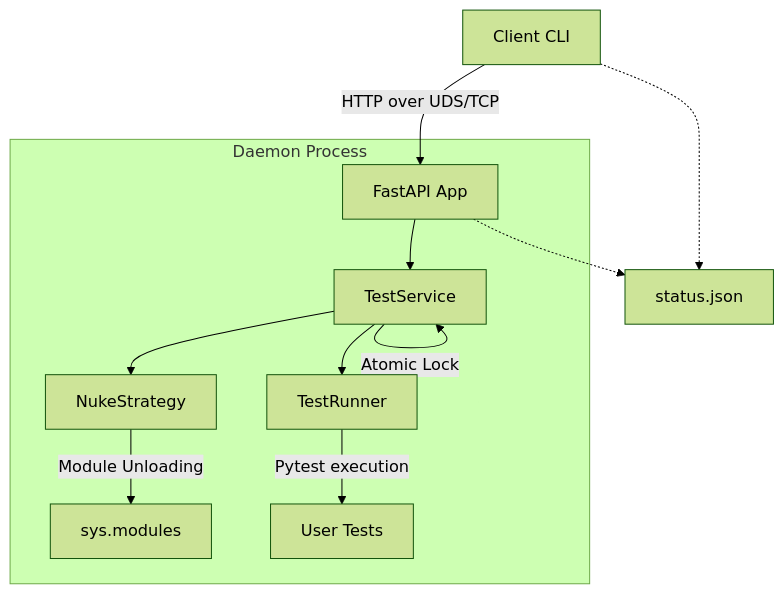
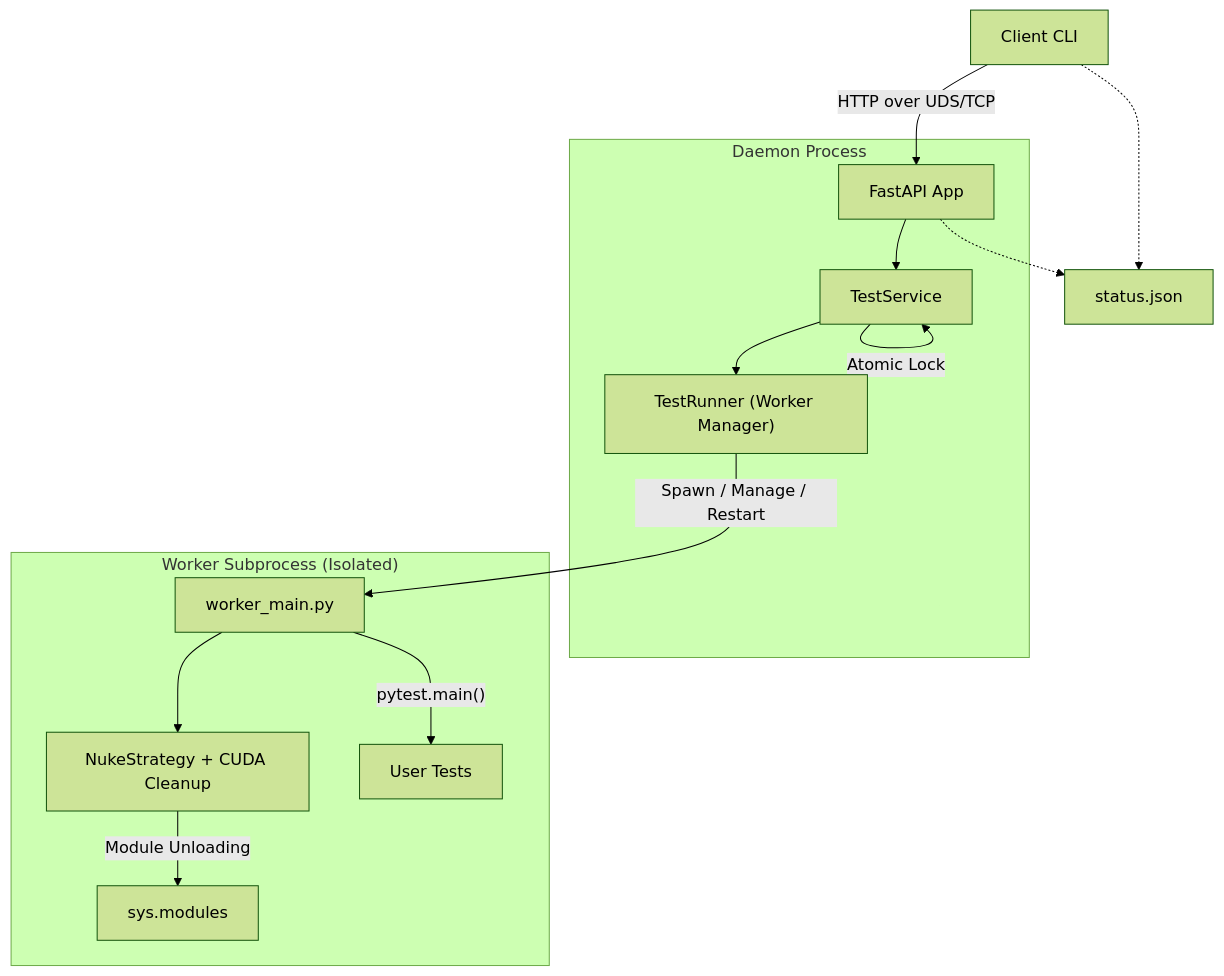
Before and after one commit to QingGo/sprintest: the first of 2 diagrams in README.md, drawn with Mermaid (forest theme). The commit also changed other lines of this file and 10 other files, not shown here.

````diff
--- a/README.md
+++ b/README.md
@@ -45,14 +50,17 @@
 ```mermaid
 graph TD
     Client["Client CLI"] -->|HTTP over UDS/TCP| App["FastAPI App"]
     subgraph "Daemon Process"
         App --> Service["TestService"]
         Service -->|Atomic Lock| Service
-        Service --> Nuke["NukeStrategy"]
+        Service --> Runner["TestRunner (Worker Manager)"]
+    end
+    subgraph "Worker Subprocess (Isolated)"
+        Worker["worker_main.py"] --> Nuke["NukeStrategy + CUDA Cleanup"]
         Nuke -->|Module Unloading| PySys[sys.modules]
-        Service --> Runner["TestRunner"]
-        Runner -->|Pytest execution| Tests["User Tests"]
+        Worker -->|"pytest.main()"| Tests["User Tests"]
     end
+    Runner -->|Spawn / Manage / Restart| Worker
     App -.-> Status["status.json"]
     Client -.-> Status
 ```
````
